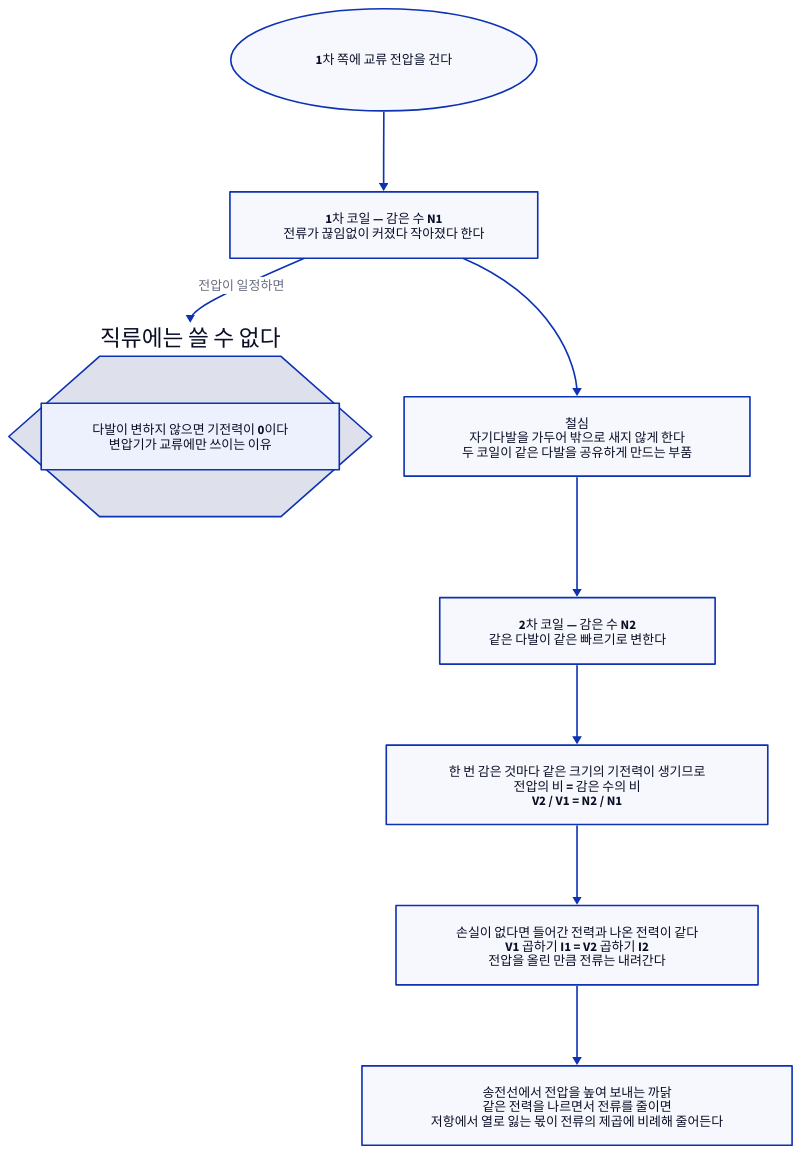
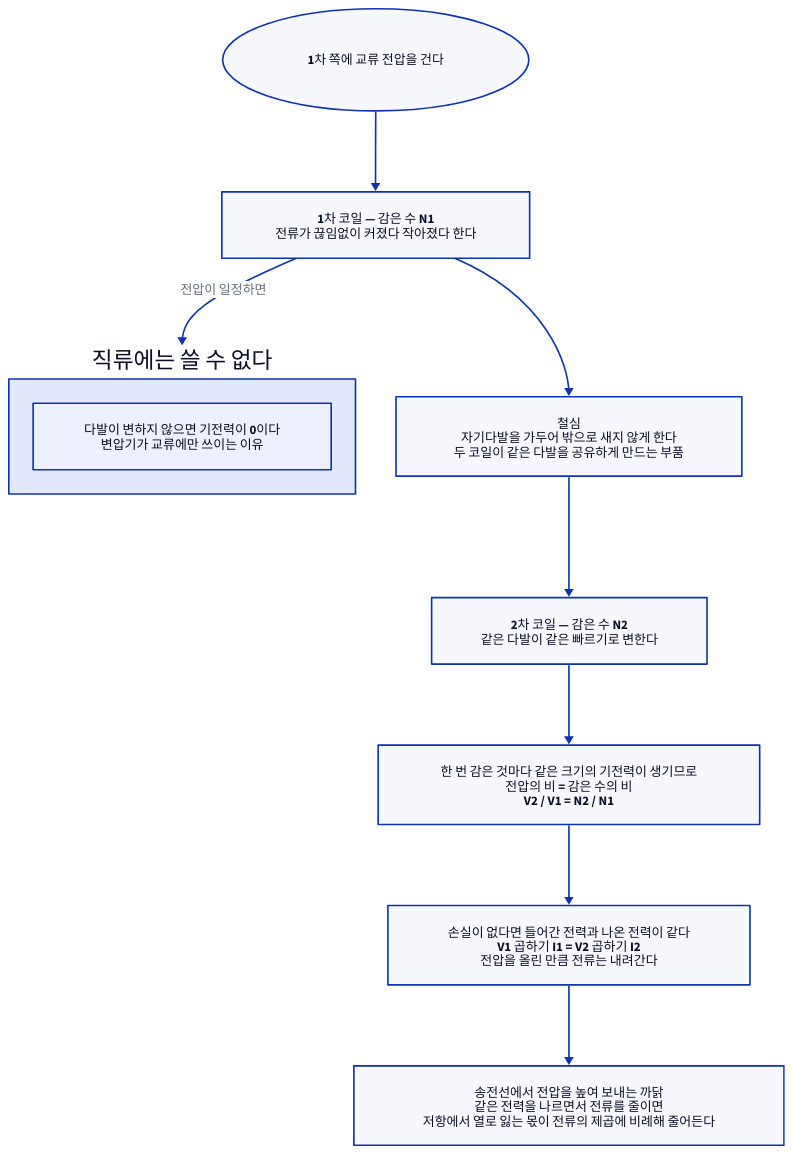
One commit to Dong-gi/Dong-gi.github.io changed the diagram in d2/physics/mag-transformer.d2. Above: the diagram before and after it, drawn with D2. The commit also changed 369 other files, not shown here.

```diff
--- a/d2/physics/mag-transformer.d2
+++ b/d2/physics/mag-transformer.d2
@@ -1,34 +1,34 @@
 # 변압기가 전압을 바꾸는 과정 — 12장(자기).
 #
 # 무엇을 읽어야 하나: 변압기는 두 코일이 같은 자기다발을 공유하게 만든 장치다.
 # 다발이 같으므로 감은 수의 비가 그대로 전압의 비가 된다.
 # 전압을 올리면 전류는 그만큼 내려간다. 에너지를 만들어 내는 장치가 아니다.
 #
 # 라벨에 아래첨자를 쓰지 않는다. D2 는 첨자를 지원하지 않는다.
 direction: down
 
 교류: {
   label: "1차 쪽에 교류 전압을 건다"
   shape: oval
 }
 
 일차: { label: "1차 코일 — 감은 수 N1\n전류가 끊임없이 커졌다 작아졌다 한다" }
 철심: { label: "철심\n자기다발을 가두어 밖으로 새지 않게 한다\n두 코일이 같은 다발을 공유하게 만드는 부품" }
 이차: { label: "2차 코일 — 감은 수 N2\n같은 다발이 같은 빠르기로 변한다" }
 
 전압: { label: "한 번 감은 것마다 같은 크기의 기전력이 생기므로\n전압의 비 = 감은 수의 비\nV2 / V1 = N2 / N1" }
 전류: { label: "손실이 없다면 들어간 전력과 나온 전력이 같다\nV1 곱하기 I1 = V2 곱하기 I2\n전압을 올린 만큼 전류는 내려간다" }
 
 직류: {
   label: "직류에는 쓸 수 없다"
-  shape: hexagon
+  # 육각형 묶음은 안쪽 상자가 꼭짓점 밖으로 삐져나와 그려진다. 보통 묶음으로 둔다
   까닭: { label: "다발이 변하지 않으면 기전력이 0이다\n변압기가 교류에만 쓰이는 이유" }
 }
 
 송전: { label: "송전선에서 전압을 높여 보내는 까닭\n같은 전력을 나르면서 전류를 줄이면\n저항에서 열로 잃는 몫이 전류의 제곱에 비례해 줄어든다" }
 
 교류 -> 일차 -> 철심 -> 이차
 이차 -> 전압
 전압 -> 전류
 전류 -> 송전
 일차 -> 직류: "전압이 일정하면"
```
